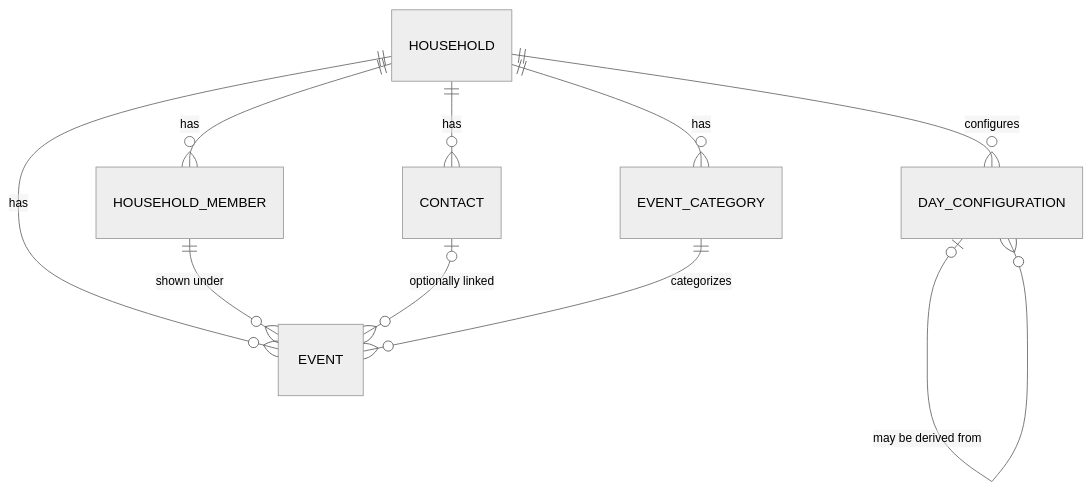
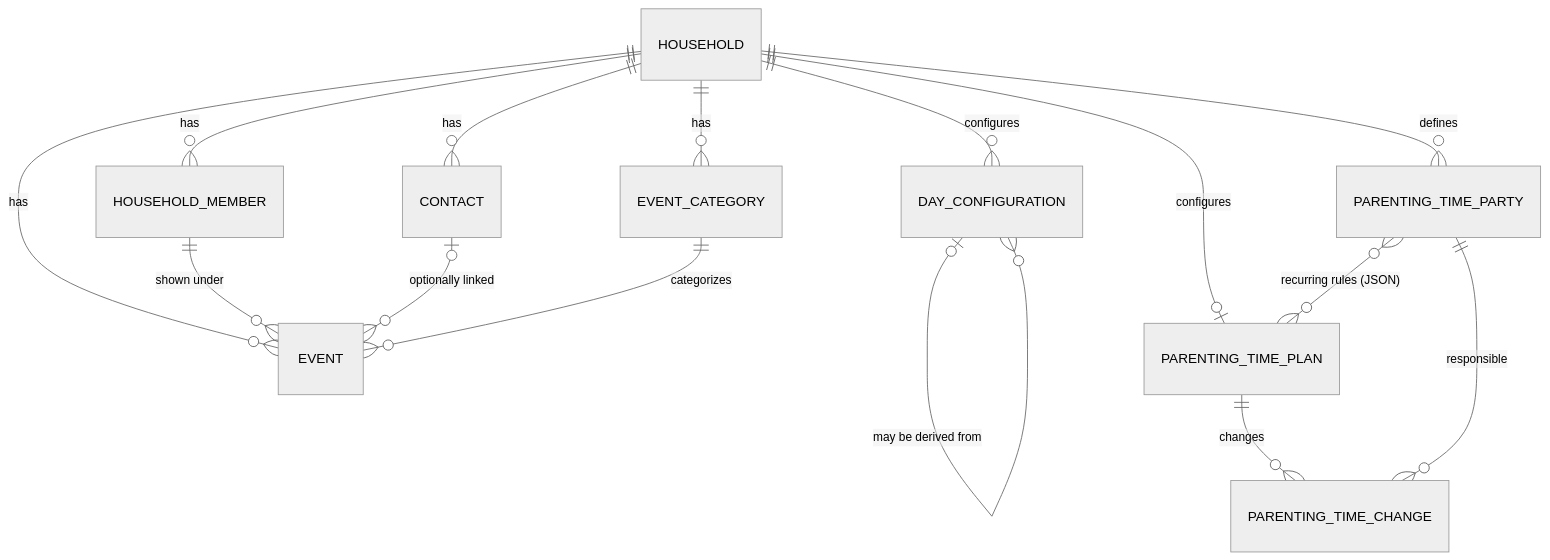
The diagram in docs/DATA_MODEL.md (ivoarnet/family-butler-v2), drawn with Mermaid (neutral theme) before and after one commit. The commit also changed other lines of this file and 11 other files, not shown here.

First line of the commit message:
Add household parenting-time plans and schedule resolution (#109)

````diff
--- a/docs/DATA_MODEL.md
+++ b/docs/DATA_MODEL.md
@@ -15,12 +15,17 @@
 ```mermaid
 erDiagram
     HOUSEHOLD ||--o{ HOUSEHOLD_MEMBER : has
     HOUSEHOLD ||--o{ CONTACT : has
     HOUSEHOLD ||--o{ EVENT_CATEGORY : has
     HOUSEHOLD ||--o{ EVENT : has
     HOUSEHOLD ||--o{ DAY_CONFIGURATION : configures
+    HOUSEHOLD ||--o{ PARENTING_TIME_PARTY : defines
+    HOUSEHOLD ||--o| PARENTING_TIME_PLAN : configures
+    PARENTING_TIME_PLAN ||--o{ PARENTING_TIME_CHANGE : changes
+    PARENTING_TIME_PARTY ||--o{ PARENTING_TIME_CHANGE : responsible
     HOUSEHOLD_MEMBER ||--o{ EVENT : "shown under"
     CONTACT o|--o{ EVENT : "optionally linked"
     EVENT_CATEGORY ||--o{ EVENT : categorizes
     DAY_CONFIGURATION o|--o{ DAY_CONFIGURATION : "may be derived from"
+    PARENTING_TIME_PARTY }o--o{ PARENTING_TIME_PLAN : "recurring rules (JSON)"
 ```
````
